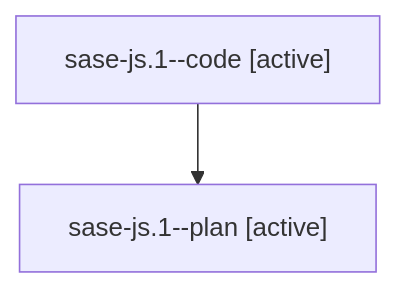
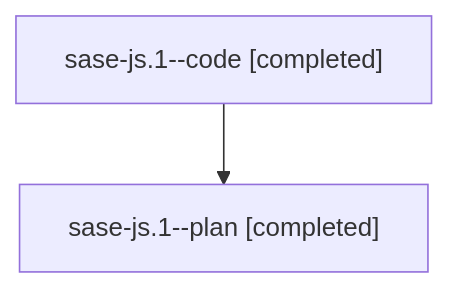
Before and after one commit to sase-org/sase--agents: the diagram in families/bbugyi200.athena.sase-js.1.md, drawn with Mermaid. The commit also changed other lines of this file and 21 other files, not shown here.

````diff
--- a/families/bbugyi200.athena.sase-js.1.md
+++ b/families/bbugyi200.athena.sase-js.1.md
@@ -9,6 +9,6 @@
 ```mermaid
 flowchart TD
-  n0["sase-js.1--code [active]"]
-  n1["sase-js.1--plan [active]"]
+  n0["sase-js.1--code [completed]"]
+  n1["sase-js.1--plan [completed]"]
   n0 --> n1
 ```
````
